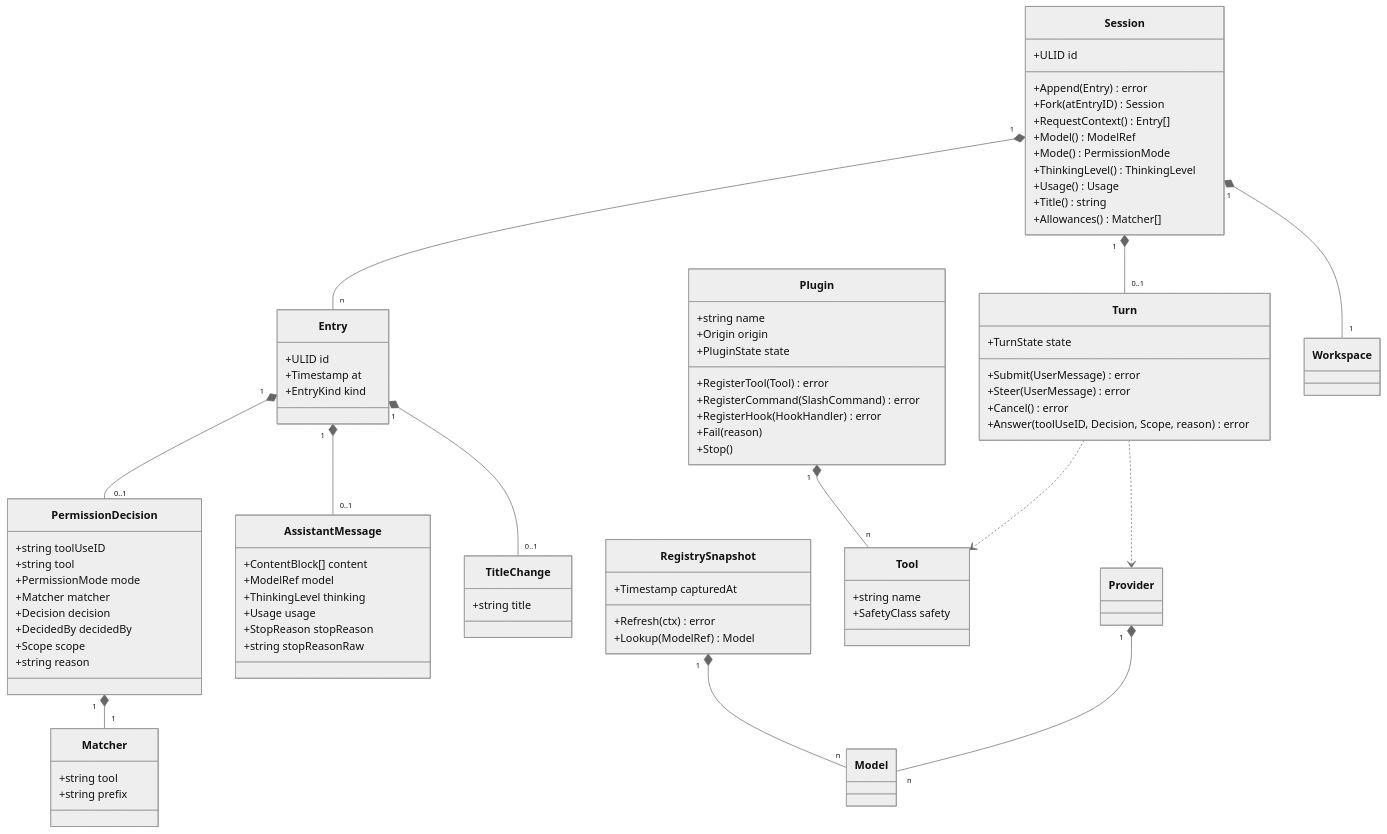
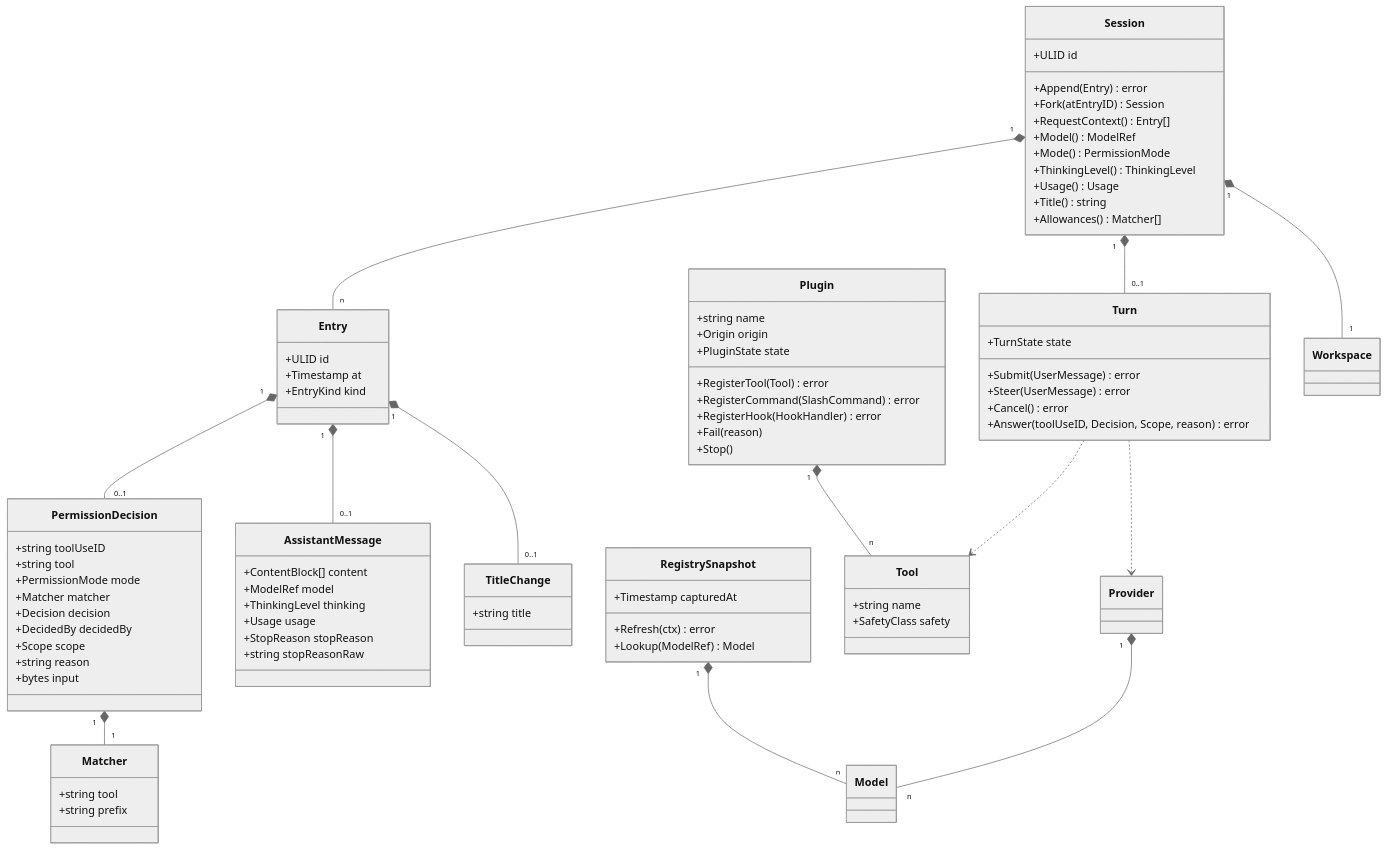
Before and after one commit to guygrigsby/rudy: the sixth of 6 diagrams in docs/specs/rudy-domain-model.md, drawn with Mermaid (neutral theme). The commit also changed other lines of this file and 21 other files, not shown here.

```diff
--- a/docs/specs/rudy-domain-model.md
+++ b/docs/specs/rudy-domain-model.md
@@ -1026,6 +1027,7 @@
         +DecidedBy decidedBy
         +Scope scope
         +string reason
+        +bytes input
     }
     class Matcher {
         +string tool
```
